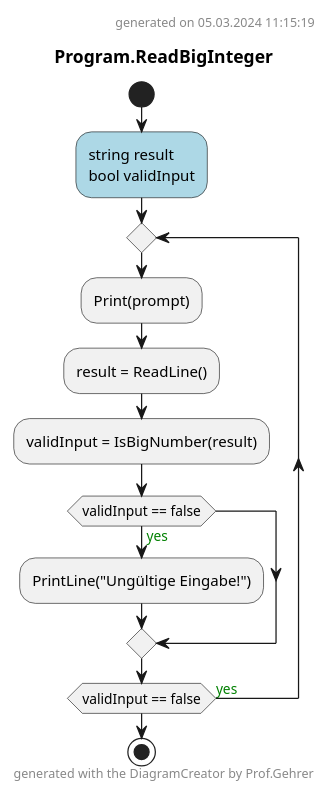
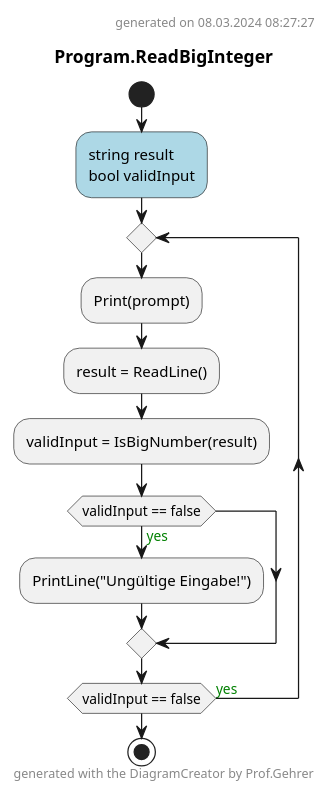
Before and after one commit to leoggehrer/2324-34_ABIF_ACIF_POSE: the diagram in BigInteger.ConApp/Diagrams/ac_Program_ReadBigInteger.puml, drawn with PlantUML. The commit also changed 155 other files, not shown here.

Commit message:
Added activity diagrams.

```diff
--- a/BigInteger.ConApp/Diagrams/ac_Program_ReadBigInteger.puml
+++ b/BigInteger.ConApp/Diagrams/ac_Program_ReadBigInteger.puml
@@ -1,21 +1,21 @@
 @startuml Program.ReadBigInteger
 header
-generated on 05.03.2024 11:15:19
+generated on 08.03.2024 08:27:27
 end header
 title Program.ReadBigInteger
 start
 #LightBlue:string result
 bool validInput;
 repeat
     :Print(prompt);
     :result = ReadLine();
     :validInput = IsBigNumber(result);
     if (validInput == false) then (<color:green>yes)
         :PrintLine("Ungültige Eingabe!");
     endif
 repeat while (validInput == false) is (<color:green>yes)
 footer
 generated with the DiagramCreator by Prof.Gehrer
 end footer
 stop
 @enduml
```
